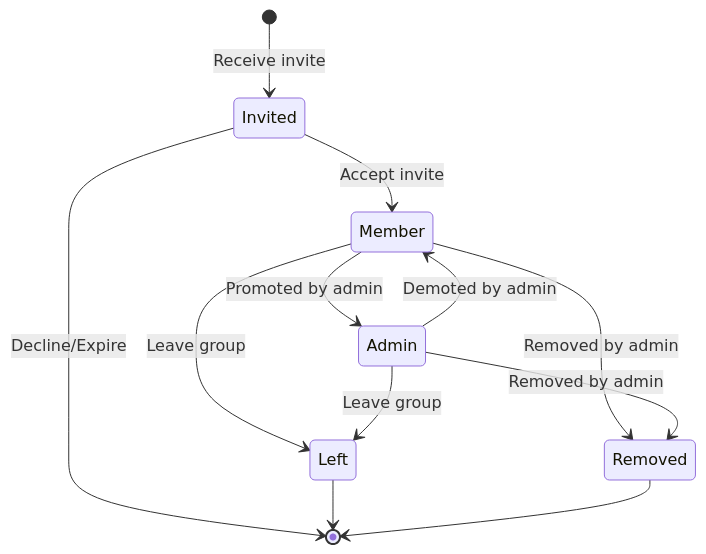
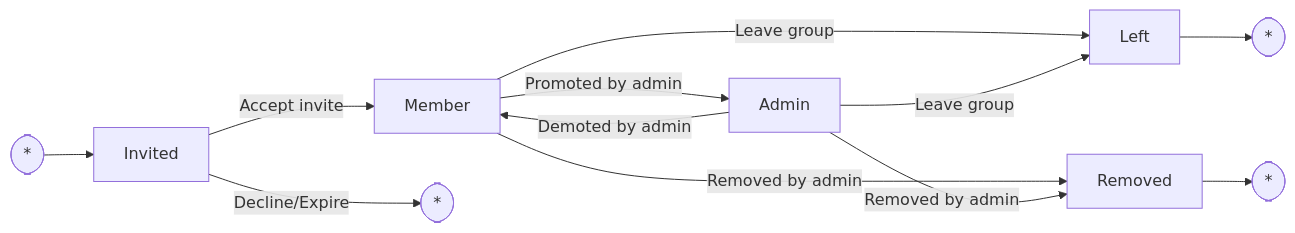
Diagram 22 of 28 in UML.md (vd120/laravel_project), drawn with Mermaid before and after one commit. The commit also changed other lines of this file, not shown here.

````diff
--- a/UML.md
+++ b/UML.md
@@ -1345,18 +1329,14 @@
 ```mermaid
-stateDiagram
-    [*] --> Invited: Receive invite
-
-    Invited --> Member: Accept invite
-    Invited --> [*]: Decline/Expire
-
-    Member --> Admin: Promoted by admin
-    Admin --> Member: Demoted by admin
-
-    Member --> Left: Leave group
-    Admin --> Left: Leave group
-    Member --> Removed: Removed by admin
-    Admin --> Removed: Removed by admin
-
-    Left --> [*]
-    Removed --> [*]
+flowchart LR
+    Start([*]) --> Invited
+    Invited -->|Accept invite| Member
+    Invited -->|Decline/Expire| End([*])
+    Member -->|Promoted by admin| Admin
+    Admin -->|Demoted by admin| Member
+    Member -->|Leave group| Left
+    Admin -->|Leave group| Left
+    Member -->|Removed by admin| Removed
+    Admin -->|Removed by admin| Removed
+    Left --> End2([*])
+    Removed --> End3([*])
 ```
````
